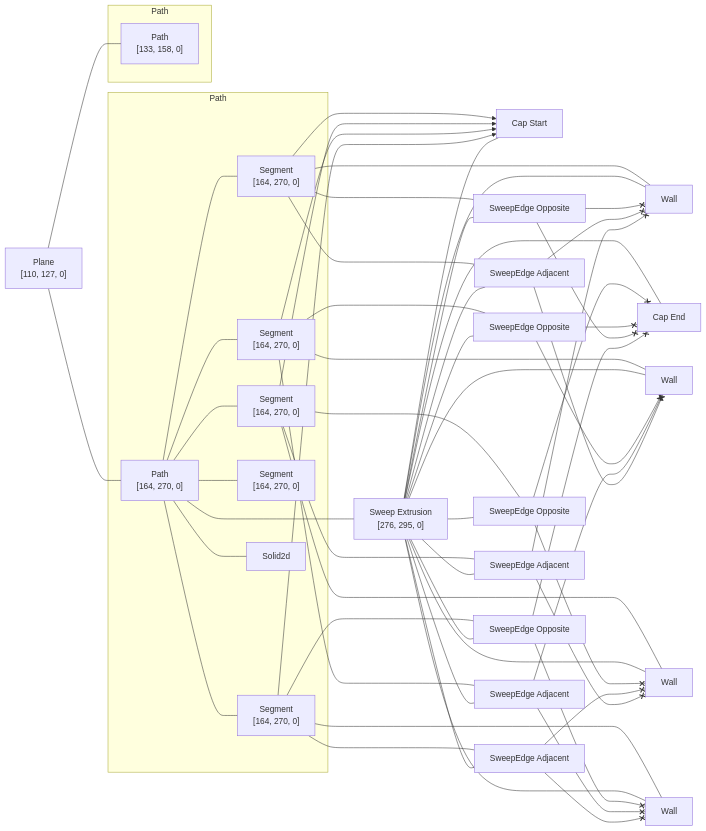
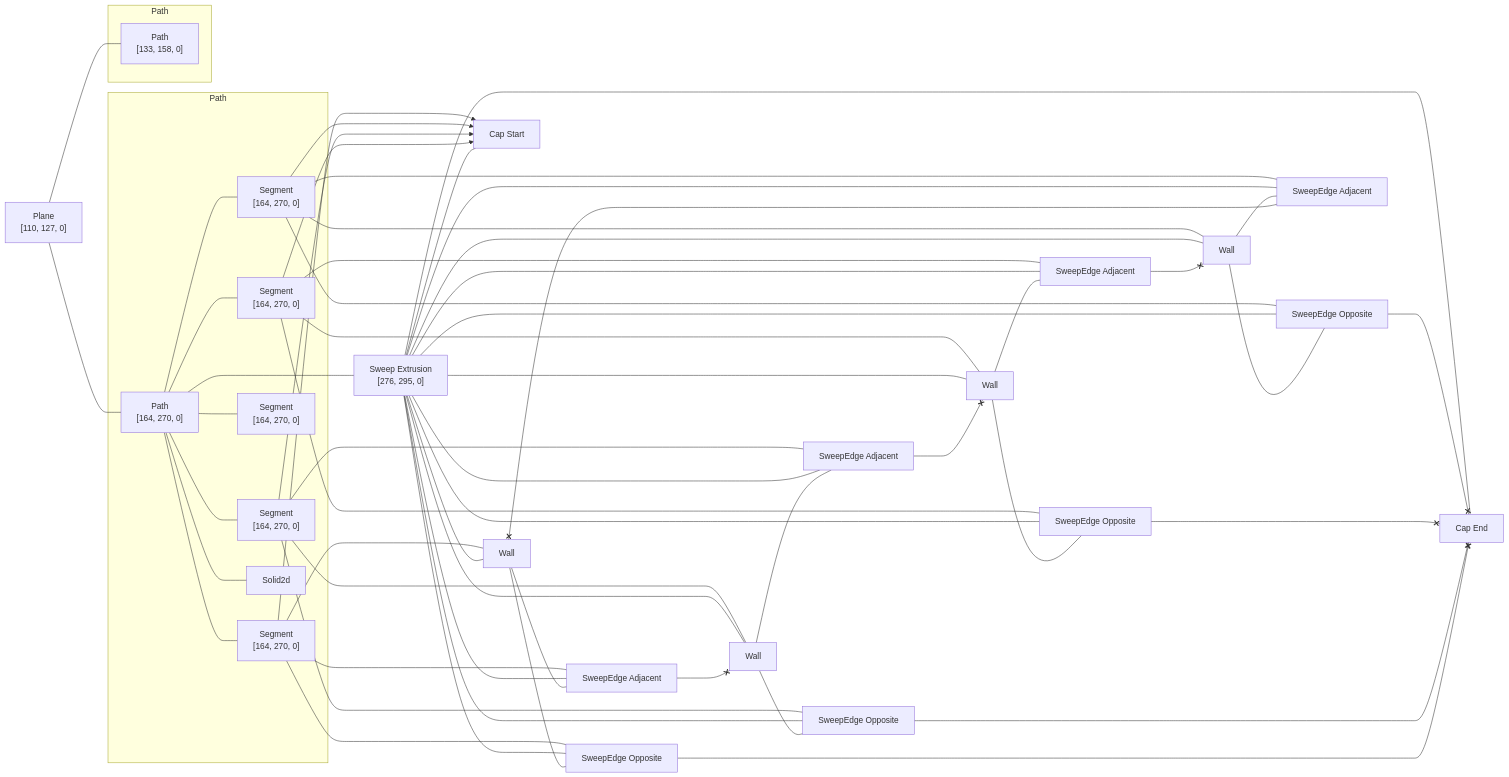
One commit to rajgandhi1/modeling-app changed the diagram in rust/kcl-lib/tests/multi_transform/artifact_graph_flowchart.snap.md. Above: the diagram before and after it, drawn with Mermaid. The commit also changed 233 other files, not shown here.

```diff
--- a/rust/kcl-lib/tests/multi_transform/artifact_graph_flowchart.snap.md
+++ b/rust/kcl-lib/tests/multi_transform/artifact_graph_flowchart.snap.md
@@ -39,20 +39,20 @@
   3 ---- 10
   4 --- 11
   4 x--> 15
-  4 --- 19
-  4 --- 23
+  4 --- 20
+  4 --- 24
   5 --- 12
   5 x--> 15
   5 --- 17
-  5 --- 24
+  5 --- 21
   6 --- 13
   6 x--> 15
-  6 --- 18
-  6 --- 21
+  6 --- 19
+  6 --- 22
   8 --- 14
   8 x--> 15
-  8 --- 20
-  8 --- 22
+  8 --- 18
+  8 --- 23
   10 --- 11
   10 --- 12
   10 --- 13
@@ -67,18 +67,18 @@
   10 --- 22
   10 --- 23
   10 --- 24
-  19 <--x 11
-  23 <--x 11
-  24 <--x 11
-  17 <--x 12
-  22 <--x 12
-  24 <--x 12
-  18 <--x 13
-  21 <--x 13
-  23 <--x 13
-  20 <--x 14
-  21 <--x 14
+  11 --- 20
+  21 <--x 11
+  11 --- 24
+  12 --- 17
+  12 --- 21
+  23 <--x 12
+  13 --- 19
+  13 --- 22
+  24 <--x 13
+  14 --- 18
   22 <--x 14
+  14 --- 23
   17 <--x 16
   18 <--x 16
   19 <--x 16
```
